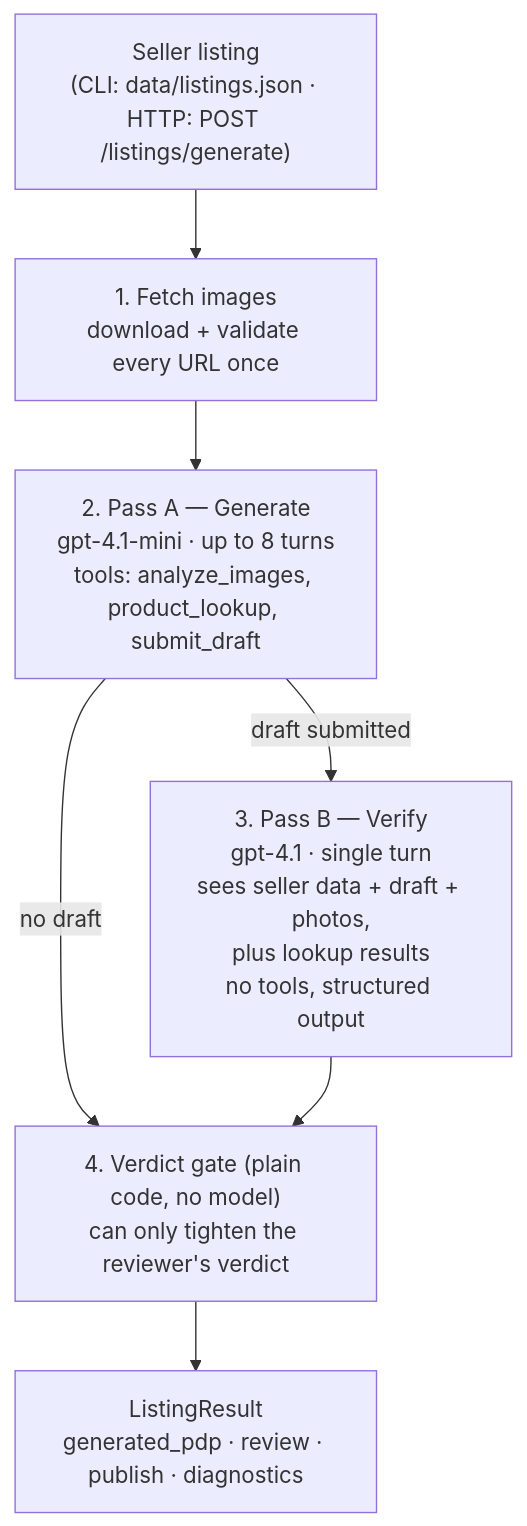
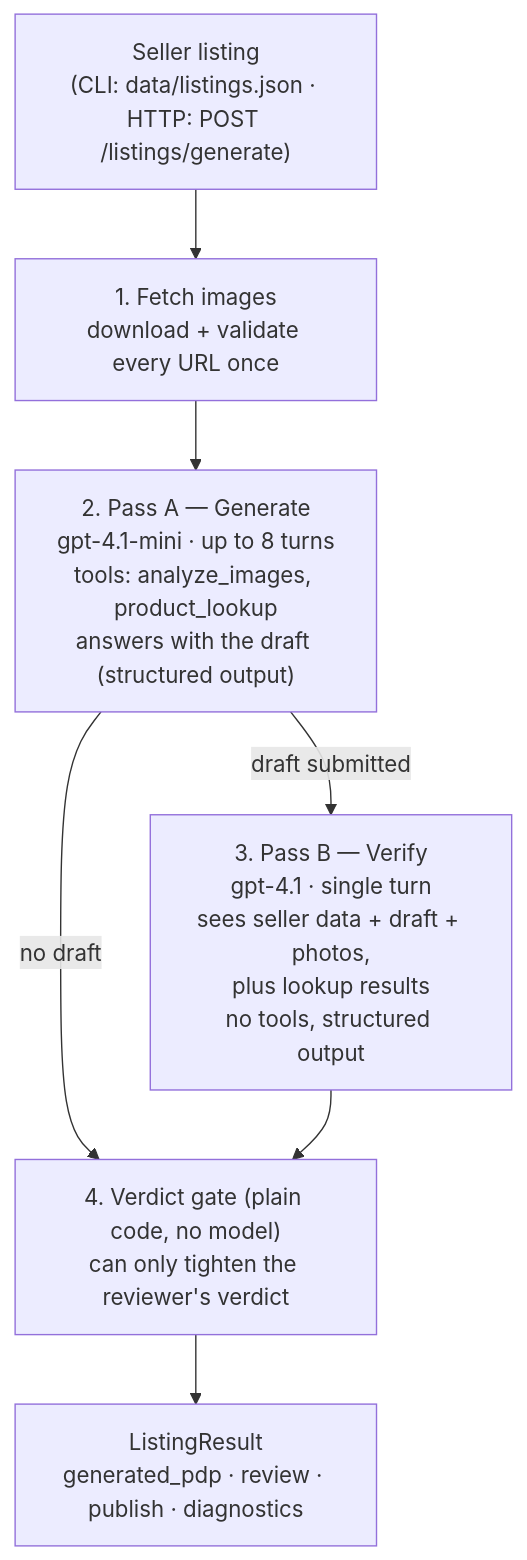
One commit to Alexoswin/ListingAgent changed the diagram in README.md. Above: the diagram before and after it, drawn with Mermaid. The commit also changed other lines of this file and 6 other files, not shown here.

````diff
--- a/README.md
+++ b/README.md
@@ -160,12 +160,12 @@
 ```mermaid
 flowchart TD
     IN["Seller listing<br/>(CLI: data/listings.json · HTTP: POST /listings/generate)"] --> FETCH
     FETCH["1. Fetch images<br/>download + validate every URL once"] --> A
-    A["2. Pass A — Generate<br/>gpt-4.1-mini · up to 8 turns<br/>tools: analyze_images, product_lookup, submit_draft"]
+    A["2. Pass A — Generate<br/>gpt-4.1-mini · up to 8 turns<br/>tools: analyze_images, product_lookup<br/>answers with the draft (structured output)"]
     A -->|draft submitted| B
     A -->|no draft| GATE
     B["3. Pass B — Verify<br/>gpt-4.1 · single turn<br/>sees seller data + draft + photos,<br/>plus lookup results<br/>no tools, structured output"]
     B --> GATE
     GATE["4. Verdict gate (plain code, no model)<br/>can only tighten the reviewer's verdict"]
     GATE --> OUT["ListingResult<br/>generated_pdp · review · publish · diagnostics"]
 ```
````
